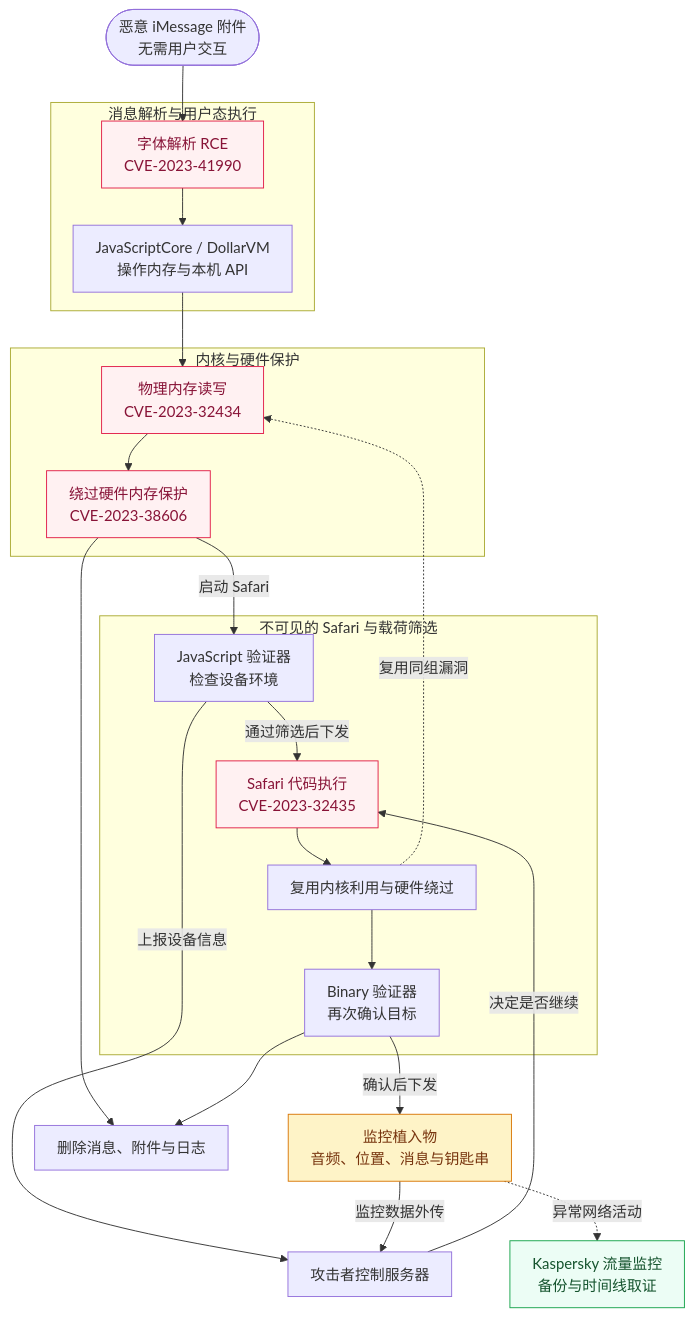
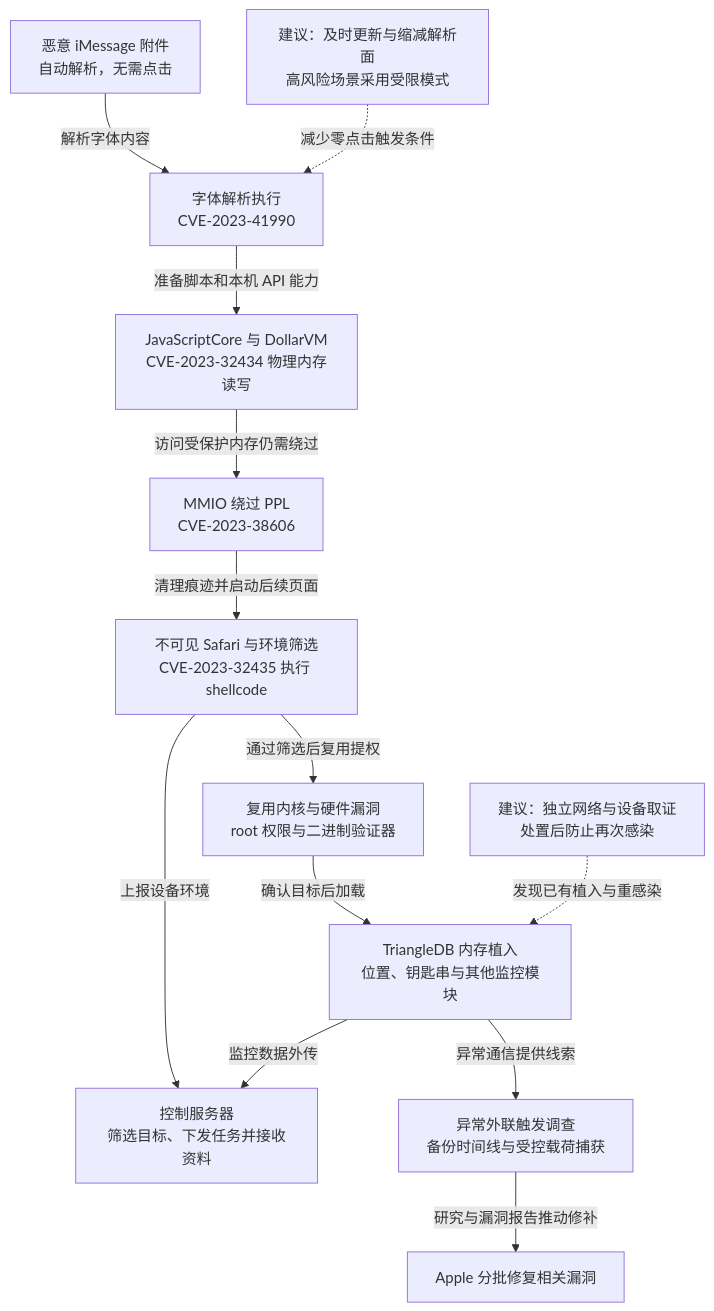
Before and after one commit to FeeiCN/FEEI.CN: the diagram in docs/01-网络安全/01-网络空间安全/01-安全威胁/01-历史攻击事件/2023-三角测量行动.md, drawn with Mermaid. The commit also changed other lines of this file and 21 other files, not shown here.

````diff
--- a/docs/01-网络安全/01-网络空间安全/01-安全威胁/01-历史攻击事件/2023-三角测量行动.md
+++ b/docs/01-网络安全/01-网络空间安全/01-安全威胁/01-历史攻击事件/2023-三角测量行动.md
@@ -29,46 +45,32 @@
 ```mermaid
----
-config:
-  flowchart:
-    useMaxWidth: false
-    nodeSpacing: 28
-    rankSpacing: 40
-    padding: 12
----
 flowchart TB
-accTitle: 三角测量攻击链、载荷筛选与发现路径
-accDescr: 图中分组对应被跨越的执行环境；Safari 阶段会复用内核读写与硬件绕过能力。控制服务器参与目标筛选与监控通信，痕迹清除则贯穿利用与最终植入阶段。虚线表示复用或观测关系。
-  message([恶意 iMessage 附件<br/>无需用户交互])
-  subgraph user[消息解析与用户态执行]
-    font[字体解析 RCE<br/>CVE-2023-41990]:::weakness
-    vm[JavaScriptCore / DollarVM<br/>操作内存与本机 API]
-    font --> vm
-  end
-  subgraph kernel[内核与硬件保护]
-    memory[物理内存读写<br/>CVE-2023-32434]:::weakness
-    ppl[绕过硬件内存保护<br/>CVE-2023-38606]:::weakness
-    memory --> ppl
-  end
-  subgraph safari[不可见的 Safari 与载荷筛选]
-    js[JavaScript 验证器<br/>检查设备环境]
-    webkit[Safari 代码执行<br/>CVE-2023-32435]:::weakness
-    reuse[复用内核利用与硬件绕过]
-    binary[Binary 验证器<br/>再次确认目标]
-    js -->|通过筛选后下发| webkit --> reuse --> binary
-  end
-  message --> font
-  vm --> memory
-  ppl -->|启动 Safari| js
-  reuse -. 复用同组漏洞 .-> memory
-  binary -->|确认后下发| implant[监控植入物<br/>音频、位置、消息与钥匙串]:::impact
-  c2[攻击者控制服务器]
-  js -->|上报设备信息| c2
-  c2 -->|决定是否继续| webkit
+  accTitle: 零点击输入如何变成设备高权限监控
+  accDescr: 恶意 iMessage 字体附件触发执行，JavaScriptCore 辅助内核漏洞，MMIO 绕过硬件保护；后续 Safari 利用复用同组提权漏洞并加载间谍程序。异常外联促使备份与载荷研究。工具不支持重启后持久化，但可重感染；虚线是建议。
+  message["恶意 iMessage 附件<br/>自动解析，无需点击"]
+  font["字体解析执行<br/>CVE-2023-41990"]
+  memory["JavaScriptCore 与 DollarVM<br/>CVE-2023-32434 物理内存读写"]
+  hardware["MMIO 绕过 PPL<br/>CVE-2023-38606"]
+  browser["不可见 Safari 与环境筛选<br/>CVE-2023-32435 执行 shellcode"]
+  root["复用内核与硬件漏洞<br/>root 权限与二进制验证器"]
+  implant["TriangleDB 内存植入<br/>位置、钥匙串与其他监控模块"]
+  c2["控制服务器<br/>筛选目标、下发任务并接收资料"]
+  discovery["异常外联触发调查<br/>备份时间线与受控载荷捕获"]
+  updates["Apple 分批修复相关漏洞"]
+  reduce["建议：及时更新与缩减解析面<br/>高风险场景采用受限模式"]
+  observe["建议：独立网络与设备取证<br/>处置后防止再次感染"]
+  message -->|解析字体内容| font
+  font -->|准备脚本和本机 API 能力| memory
+  memory -->|访问受保护内存仍需绕过| hardware
+  hardware -->|清理痕迹并启动后续页面| browser
+  browser -->|通过筛选后复用提权| root
+  root -->|确认目标后加载| implant
+  browser -->|上报设备环境| c2
   implant -->|监控数据外传| c2
-  ppl --> erase[删除消息、附件与日志]
-  binary --> erase
-  implant -. 异常网络活动 .-> discovery[Kaspersky 流量监控<br/>备份与时间线取证]:::response
-  classDef weakness fill:#fff1f2,stroke:#e11d48,color:#881337
-  classDef impact fill:#fef3c7,stroke:#d97706,color:#78350f
-  classDef response fill:#ecfdf5,stroke:#16a34a,color:#14532d
+  implant -->|异常通信提供线索| discovery
+  discovery -->|研究与漏洞报告推动修补| updates
+  reduce -. 减少零点击触发条件 .-> font
+  observe -. 发现已有植入与重感染 .-> implant
+  class font,memory,hardware,browser,root,implant main
+  class discovery,updates response
+  class reduce,observe note
 ```
````
